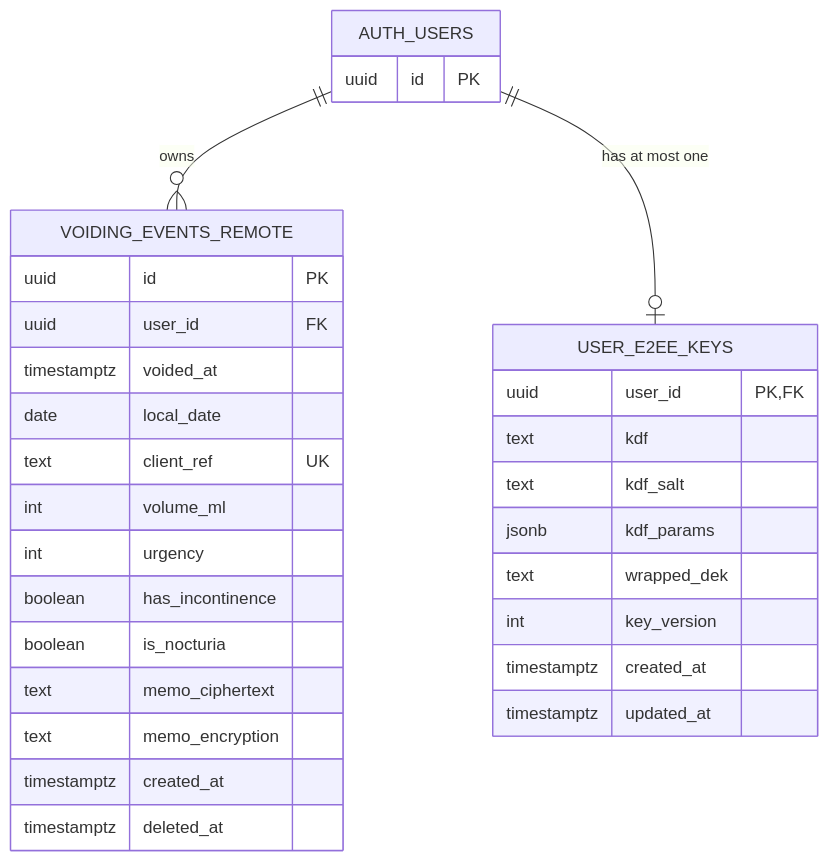
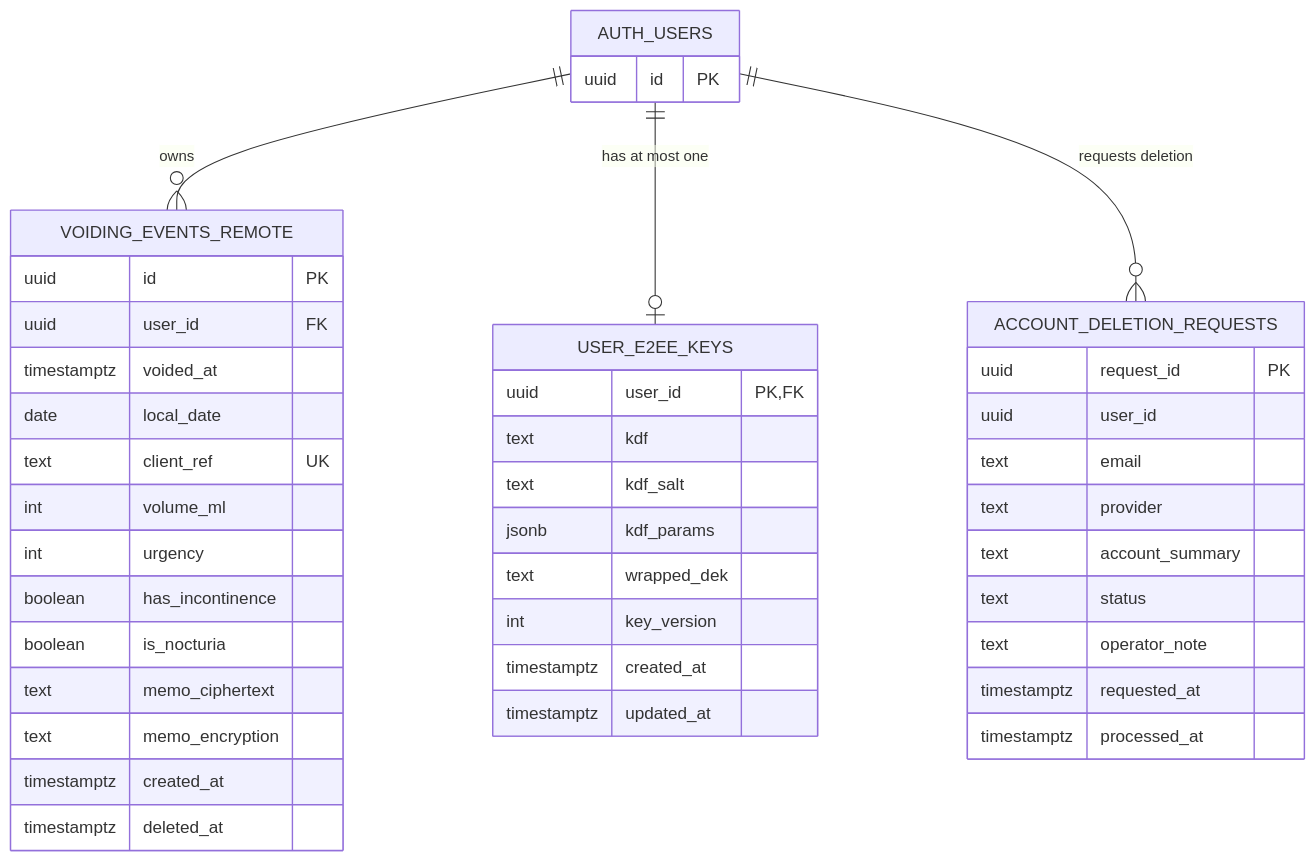
The second of 2 diagrams in docs/design-docs/data-model-er.md (younjungpark/bladder-diary), drawn with Mermaid before and after one commit. The commit also changed other lines of this file and 20 other files, not shown here.

````diff
--- a/docs/design-docs/data-model-er.md
+++ b/docs/design-docs/data-model-er.md
@@ -52,36 +53,49 @@
 ```mermaid
 erDiagram
     AUTH_USERS {
         uuid id PK
     }
 
     VOIDING_EVENTS_REMOTE {
         uuid id PK
         uuid user_id FK
         timestamptz voided_at
         date local_date
         text client_ref UK
         int volume_ml
         int urgency
         boolean has_incontinence
         boolean is_nocturia
         text memo_ciphertext
         text memo_encryption
         timestamptz created_at
         timestamptz deleted_at
     }
 
     USER_E2EE_KEYS {
         uuid user_id PK,FK
         text kdf
         text kdf_salt
         jsonb kdf_params
         text wrapped_dek
         int key_version
         timestamptz created_at
         timestamptz updated_at
     }
 
+    ACCOUNT_DELETION_REQUESTS {
+        uuid request_id PK
+        uuid user_id
+        text email
+        text provider
+        text account_summary
+        text status
+        text operator_note
+        timestamptz requested_at
+        timestamptz processed_at
+    }
+
     AUTH_USERS ||--o{ VOIDING_EVENTS_REMOTE : "owns"
     AUTH_USERS ||--o| USER_E2EE_KEYS : "has at most one"
+    AUTH_USERS ||--o{ ACCOUNT_DELETION_REQUESTS : "requests deletion"
 ```
````
